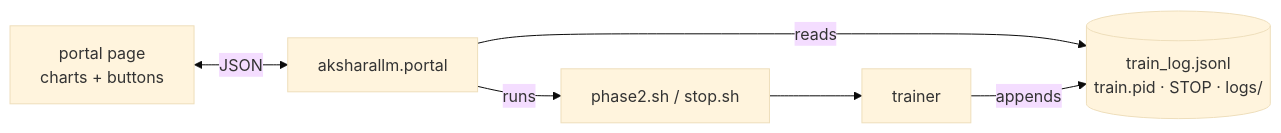
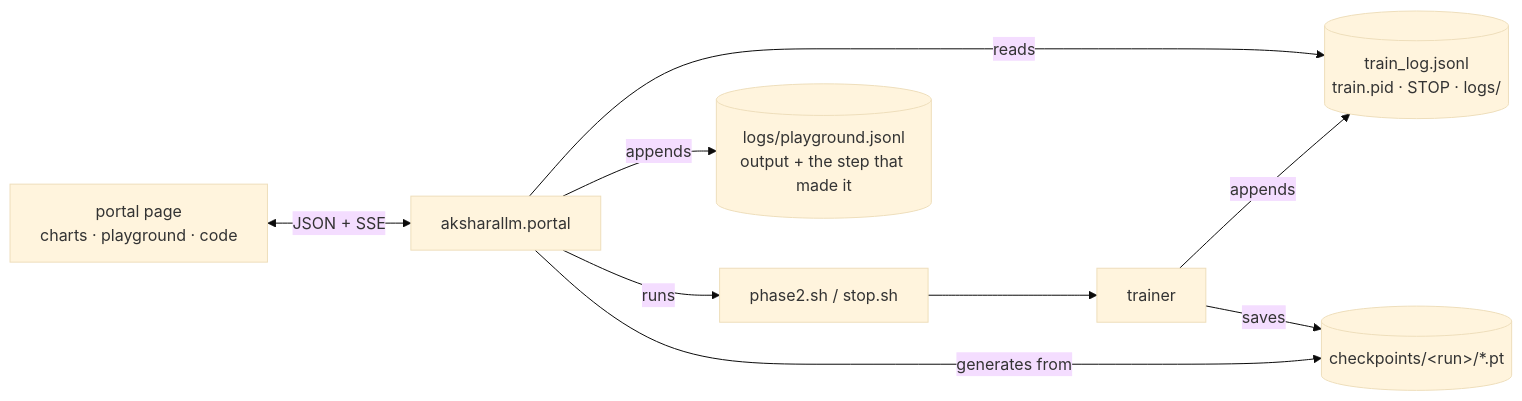
The second of 2 diagrams in README.md (kunwarmahen/aksharallm), drawn with Mermaid (base theme) before and after one commit. The commit also changed other lines of this file and 17 other files, not shown here.

````diff
--- a/README.md
+++ b/README.md
@@ -255,6 +300,9 @@
 ```mermaid
 flowchart LR
-    UI["portal page<br/>charts + buttons"] <-->|JSON| SRV["aksharallm.portal"]
+    UI["portal page<br/>charts · playground · code"] <-->|JSON + SSE| SRV["aksharallm.portal"]
     SRV -->|reads| F[("train_log.jsonl<br/>train.pid · STOP · logs/")]
     SRV -->|runs| P["phase2.sh / stop.sh"] --> T["trainer"] -->|appends| F
+    T -->|saves| C[("checkpoints/&lt;run&gt;/*.pt")]
+    SRV -->|generates from| C
+    SRV -->|appends| H[("logs/playground.jsonl<br/>output + the step that made it")]
 ```
````
